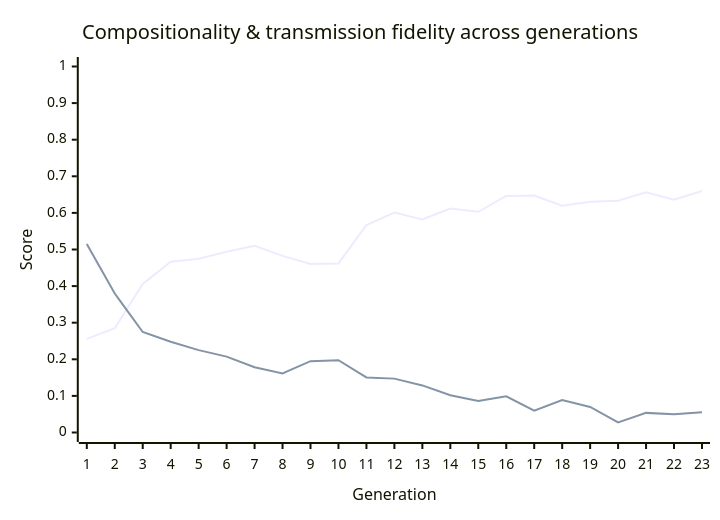
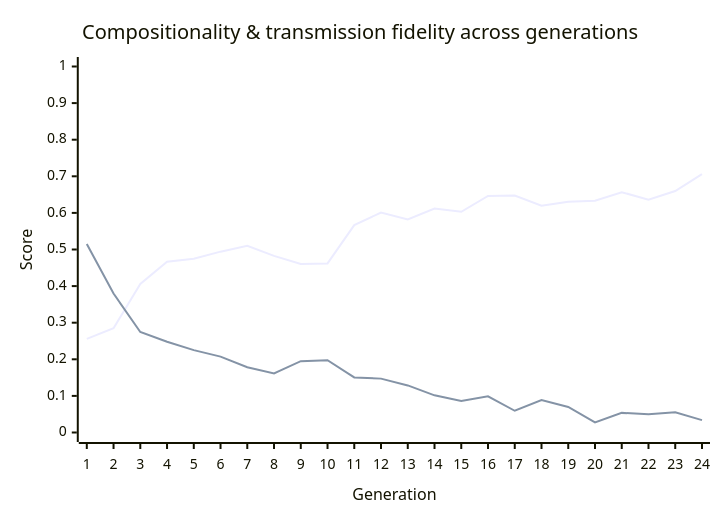
One commit to nichobbs/traditio changed the diagram in metrics/latest-report.md. Above: the diagram before and after it, drawn with Mermaid. The commit also changed other lines of this file and 1 other file, not shown here.

````diff
--- a/metrics/latest-report.md
+++ b/metrics/latest-report.md
@@ -40,8 +40,8 @@
 ```mermaid
 xychart-beta
     title "Compositionality & transmission fidelity across generations"
-    x-axis "Generation" [1, 2, 3, 4, 5, 6, 7, 8, 9, 10, 11, 12, 13, 14, 15, 16, 17, 18, 19, 20, 21, 22, 23]
+    x-axis "Generation" [1, 2, 3, 4, 5, 6, 7, 8, 9, 10, 11, 12, 13, 14, 15, 16, 17, 18, 19, 20, 21, 22, 23, 24]
     y-axis "Score" 0 --> 1
-    line "Compositionality" [0.2559, 0.2849, 0.4060, 0.4663, 0.4745, 0.4941, 0.5099, 0.4826, 0.4603, 0.4619, 0.5665, 0.6011, 0.5822, 0.6121, 0.6029, 0.6464, 0.6473, 0.6195, 0.6304, 0.6332, 0.6566, 0.6361, 0.6598]
-    line "Transmission Fidelity" [0.5148, 0.3796, 0.2746, 0.2481, 0.2251, 0.2074, 0.1785, 0.1615, 0.1949, 0.1977, 0.1504, 0.1472, 0.1286, 0.1016, 0.0861, 0.0987, 0.0594, 0.0888, 0.0697, 0.0276, 0.0536, 0.0500, 0.0553]
+    line "Compositionality" [0.2559, 0.2849, 0.4060, 0.4663, 0.4745, 0.4941, 0.5099, 0.4826, 0.4603, 0.4619, 0.5665, 0.6011, 0.5822, 0.6121, 0.6029, 0.6464, 0.6473, 0.6195, 0.6304, 0.6332, 0.6566, 0.6361, 0.6598, 0.7061]
+    line "Transmission Fidelity" [0.5148, 0.3796, 0.2746, 0.2481, 0.2251, 0.2074, 0.1785, 0.1615, 0.1949, 0.1977, 0.1504, 0.1472, 0.1286, 0.1016, 0.0861, 0.0987, 0.0594, 0.0888, 0.0697, 0.0276, 0.0536, 0.0500, 0.0553, 0.0339]
 ```
````
